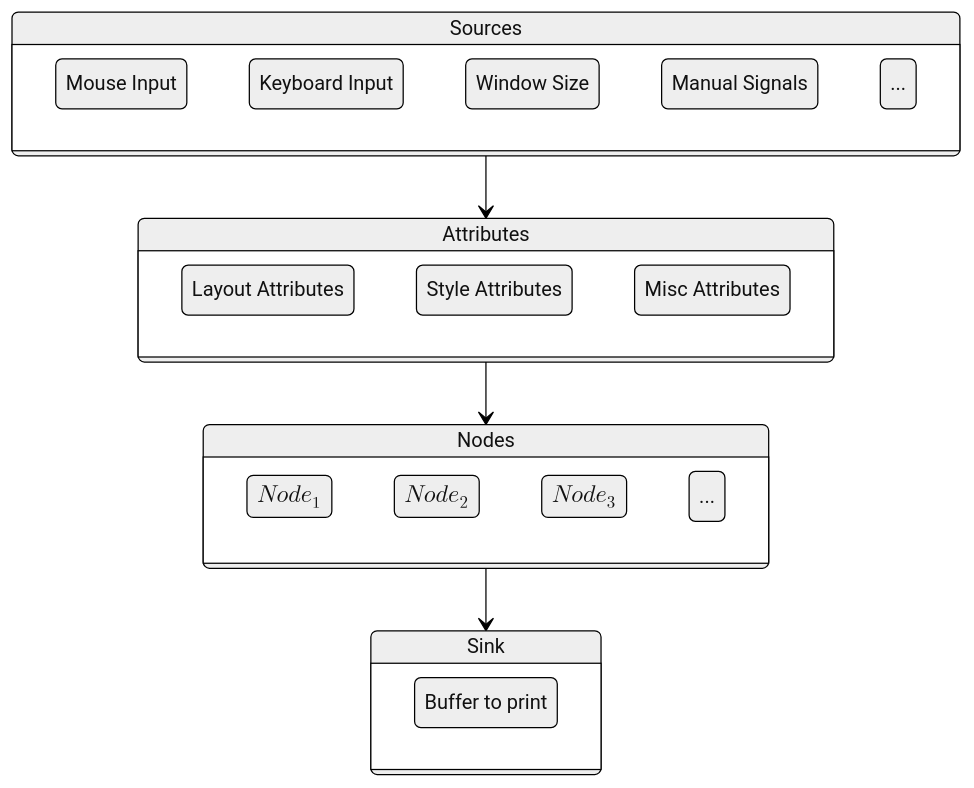
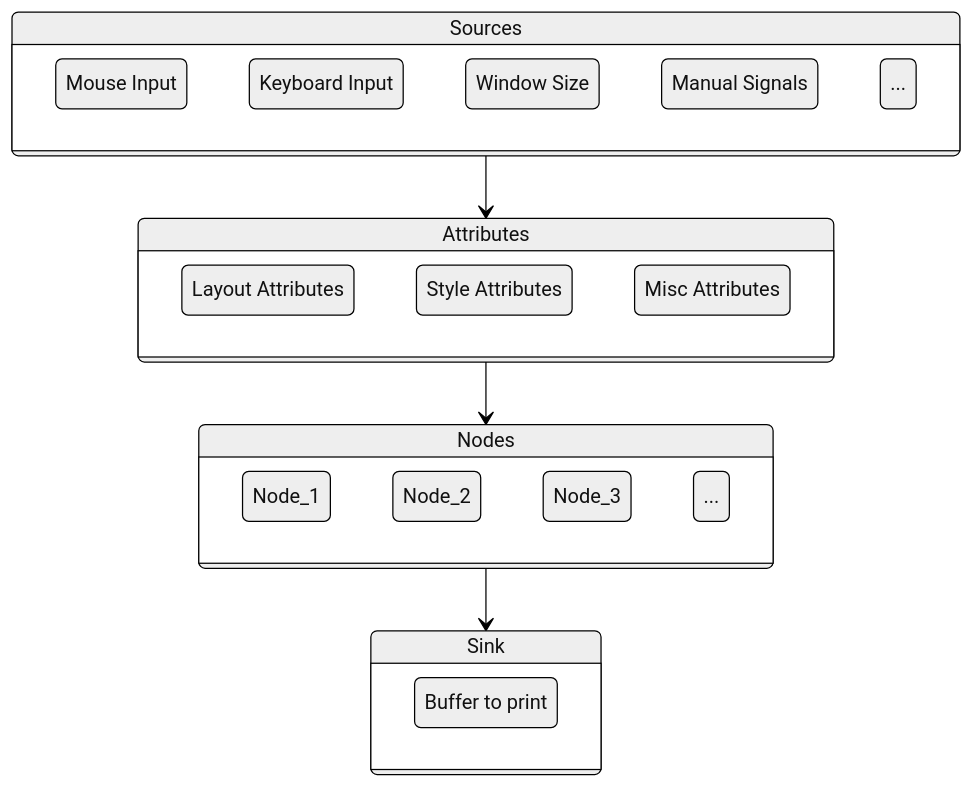
Before and after one commit to ICmd-dev/Docs: the third of 3 diagrams in implementation/2 - Program.md, drawn with Mermaid (neutral theme). The commit also changed other lines of this file, not shown here.

````diff
--- a/implementation/2 - Program.md
+++ b/implementation/2 - Program.md
@@ -83,33 +91,33 @@
 ```mermaid
 stateDiagram-v2
 
 
 state Sources {
   I1: Mouse Input
   I2: Keyboard Input
   I3: Window Size
   I4: Manual Signals 
   I5: ...
 }
 
 state Attributes {
   A1: Layout Attributes
   A2: Style Attributes
   A3: Misc Attributes
 }
 
 state Nodes {
-  N1: $$Node_1$$
-  N2: $$Node_2$$
-  N3: $$Node_3$$
+  N1: Node_1
+  N2: Node_2
+  N3: Node_3
   ...
 }
 
 state Sink {
   X: Buffer to print
 }
 
 Sources --> Attributes
 Attributes --> Nodes
 Nodes --> Sink
 ```
````
